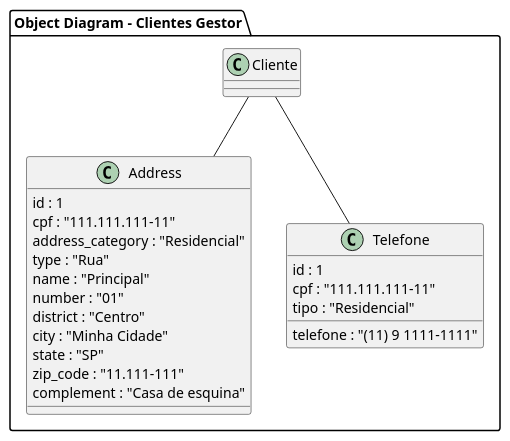
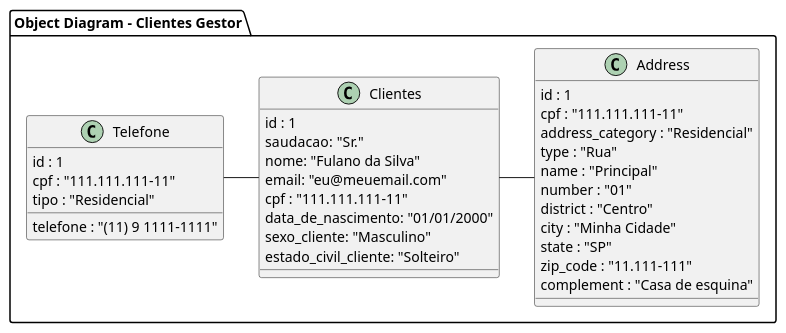
The diagram in modelagem/diagrama_de_objetos.plantuml (douglascarlos-dev/Clientes-Gestor), drawn with PlantUML before and after one commit. The commit also changed 4 other files, not shown here.

Commit message:
:memo: Atualização da documentação e diagramas de UML.

```diff
--- a/modelagem/diagrama_de_objetos.plantuml
+++ b/modelagem/diagrama_de_objetos.plantuml
@@ -1,29 +1,40 @@
 @startuml Object Diagram
 
 package "Object Diagram - Clientes Gestor" {
 
-Cliente -- Address
-Cliente -- Telefone
+Clientes -right- Address
+Clientes -left- Telefone
+
+object Clientes {
+  id : 1
+  saudacao: "Sr."
+  nome: "Fulano da Silva"
+  email: "eu@meuemail.com"
+  cpf : "111.111.111-11"
+  data_de_nascimento: "01/01/2000"
+  sexo_cliente: "Masculino"
+  estado_civil_cliente: "Solteiro"
+}
 
 object Address {
   id : 1
   cpf : "111.111.111-11"
   address_category : "Residencial"
   type : "Rua"
   name : "Principal"
   number : "01"
   district : "Centro"
   city : "Minha Cidade"
   state : "SP"
   zip_code : "11.111-111"
   complement : "Casa de esquina"
 }
 
 object Telefone {
   id : 1
   cpf : "111.111.111-11"
   telefone : "(11) 9 1111-1111"
   tipo : "Residencial"
 }
 
 @enduml
```
